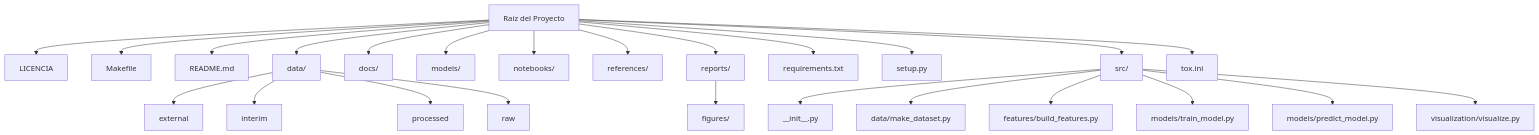
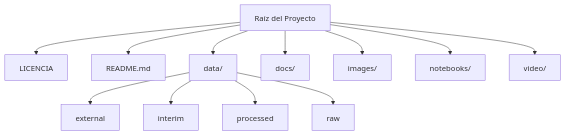
Before and after one commit to SanchezSergioAndres/EstimacionTiempoRestanteExplotacionTurbaTDF: the diagram in README.md, drawn with Mermaid. The commit also changed other lines of this file and 11 other files, not shown here.

````diff
--- a/README.md
+++ b/README.md
@@ -14,31 +14,18 @@
 ```mermaid
 graph TD
   root[Raíz del Proyecto]
   root --> LIC[LICENCIA]
-  root --> Make[Makefile]
   root --> Readme[README.md]
   root --> Data[data/]
   root --> Docs[docs/]
-  root --> Models[models/]
+  root --> Imagenes[images/]
   root --> Notebooks[notebooks/]
-  root --> Refs[references/]
-  root --> Reports[reports/]
-  Reports --> Figures[figures/]
-  root --> Reqs[requirements.txt]
-  root --> Setup[setup.py]
-  root --> Src[src/]
-  root --> Tox[tox.ini]
+  root --> Video[video/]
+
 
   Data --> Ext[external]
   Data --> Int[interim]
   Data --> Proc[processed]
   Data --> Raw[raw]
 
-  Src --> Init[__init__.py]
-  Src --> DataSrc[data/make_dataset.py]
-  Src --> Feats[features/build_features.py]
-  Src --> ModsTrain[models/train_model.py]
-  Src --> ModsPred[models/predict_model.py]
-  Src --> Vis[visualization/visualize.py]
-
 ```
````
